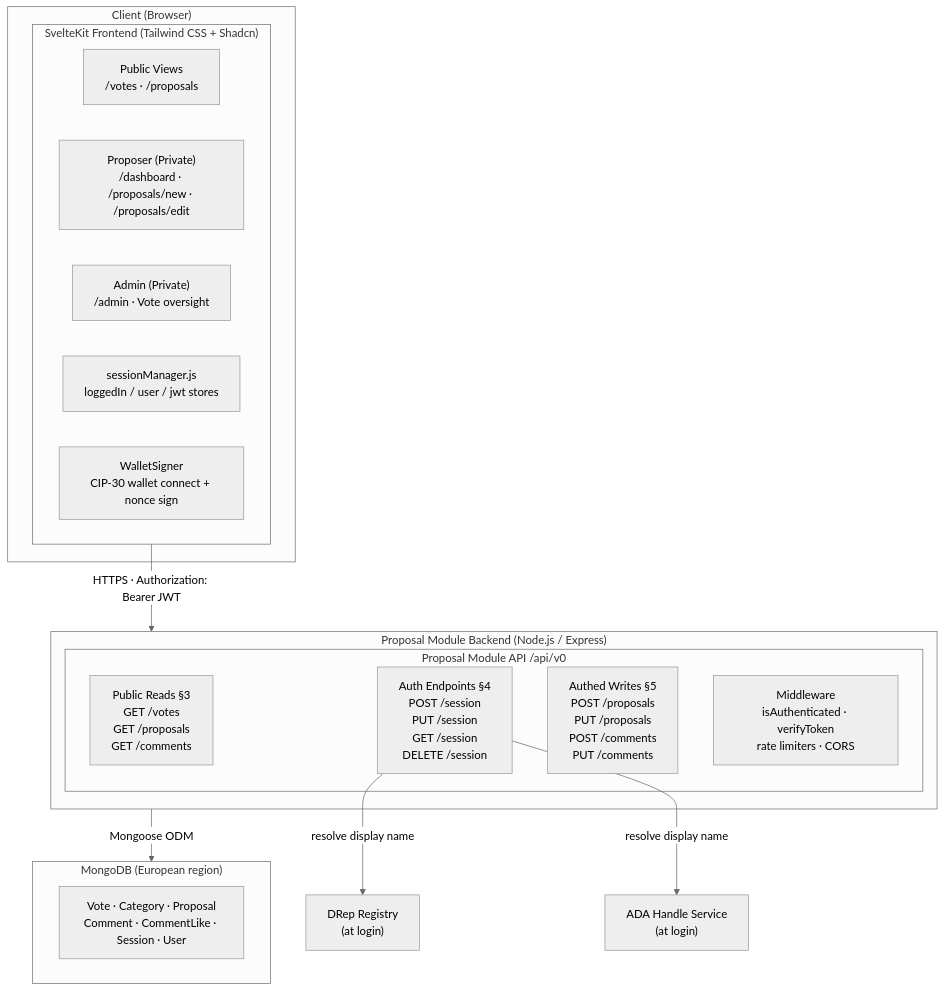
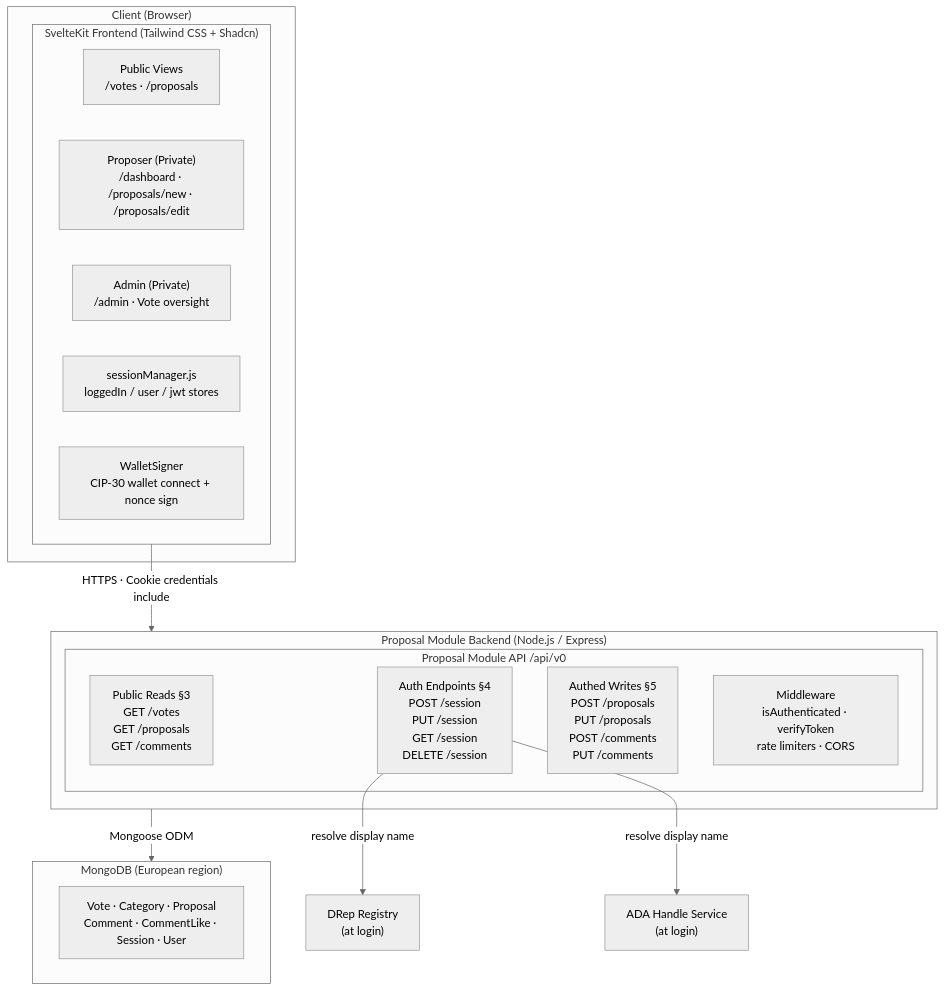
One commit to lerna-labs/ekklesia-proposal-module changed the first of 5 diagrams in docs/system-architecture.md. Above: the diagram before and after it, drawn with Mermaid (neutral theme). The commit also changed other lines of this file and 16 other files, not shown here.

````diff
--- a/docs/system-architecture.md
+++ b/docs/system-architecture.md
@@ -297,33 +298,33 @@
 ```mermaid
 flowchart TD
     subgraph Browser["Client (Browser)"]
         subgraph Frontend["SvelteKit Frontend (Tailwind CSS + Shadcn)"]
             PV["Public Views<br />/votes · /proposals"]
             PR["Proposer (Private)<br />/dashboard · /proposals/new · /proposals/edit"]
             AD["Admin (Private)<br />/admin · Vote oversight"]
             SM["sessionManager.js<br />loggedIn / user / jwt stores"]
             WS["WalletSigner<br />CIP-30 wallet connect + nonce sign"]
         end
     end
 
     subgraph Backend["Proposal Module Backend (Node.js / Express)"]
         subgraph API["Proposal Module API  /api/v0"]
             PUB["Public Reads §3<br />GET /votes<br />GET /proposals<br />GET /comments"]
             AUTH["Auth Endpoints §4<br />POST /session<br />PUT /session<br />GET /session<br />DELETE /session"]
             WRITE["Authed Writes §5<br />POST /proposals<br />PUT /proposals<br />POST /comments<br />PUT /comments"]
             MW["Middleware<br />isAuthenticated · verifyToken<br />rate limiters · CORS"]
         end
     end
 
     subgraph DB["MongoDB (European region)"]
         COL["Vote · Category · Proposal<br />Comment · CommentLike · Session · User"]
     end
 
     DREP["DRep Registry<br />(at login)"]
     HANDLE["ADA Handle Service<br />(at login)"]
 
-    Frontend -->|"HTTPS · Authorization: Bearer JWT"| Backend
+    Frontend -->|"HTTPS · Cookie credentials include"| Backend
     Backend -->|"Mongoose ODM"| DB
     AUTH -->|"resolve display name"| DREP
     AUTH -->|"resolve display name"| HANDLE
 ```
````
